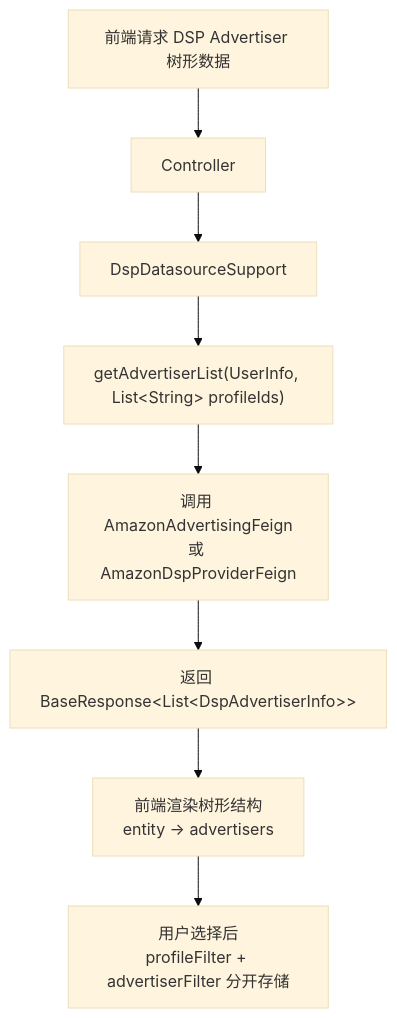
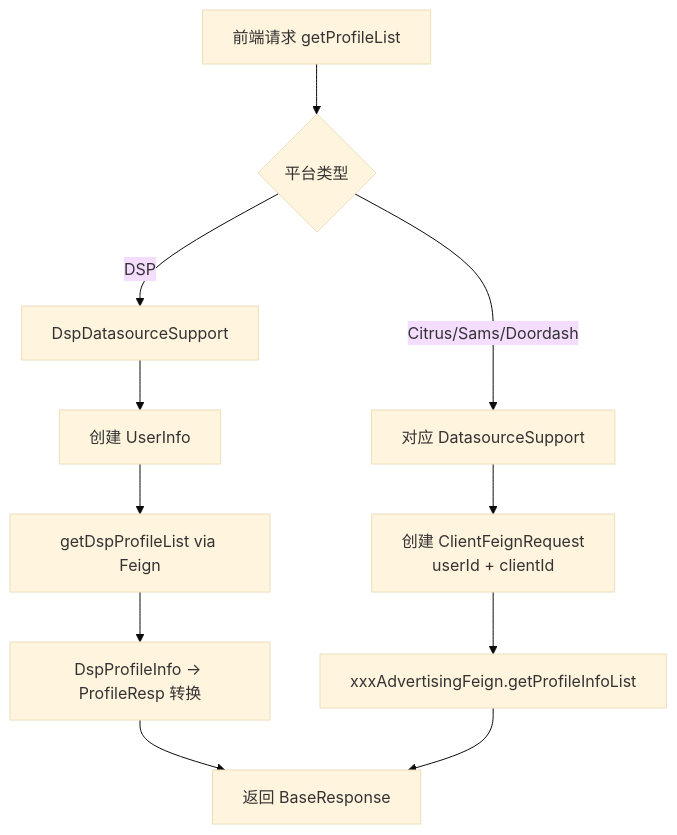
The third of 7 diagrams in output/04-data-source.md (suoweiwei-pacvue/document-automation), drawn with Mermaid (base theme) before and after one commit. The commit also changed other lines of this file and 55 other files, not shown here.

````diff
--- a/output/04-data-source.md
+++ b/output/04-data-source.md
@@ -376,13 +424,14 @@
 ```mermaid
 flowchart TD
-    A[前端请求 DSP Advertiser 树形数据] --> B[Controller]
-    B --> C[DspDatasourceSupport]
+    A[前端请求 getProfileList] --> B{平台类型}
+    B -->|DSP| C[DspDatasourceSupport]
+    C --> D[创建 UserInfo]
+    D --> E[getDspProfileList via Feign]
+    E --> F[DspProfileInfo → ProfileResp 转换]
+    F --> G[返回 BaseResponse]
     
-    C --> D["getAdvertiserList(UserInfo, List&lt;String&gt; profileIds)"]
-    D --> E[调用 AmazonAdvertisingFeign<br/>或 AmazonDspProviderFeign]
-    E --> F["返回 BaseResponse&lt;List&lt;DspAdvertiserInfo&gt;&gt;"]
-    
-    F --> G[前端渲染树形结构<br/>entity → advertisers]
-    
-    G --> H[用户选择后<br/>profileFilter + advertiserFilter 分开存储]
+    B -->|Citrus/Sams/Doordash| H[对应 DatasourceSupport]
+    H --> I[创建 ClientFeignRequest<br/>userId + clientId]
+    I --> J[xxxAdvertisingFeign.getProfileInfoList]
+    J --> G
 ```
````
